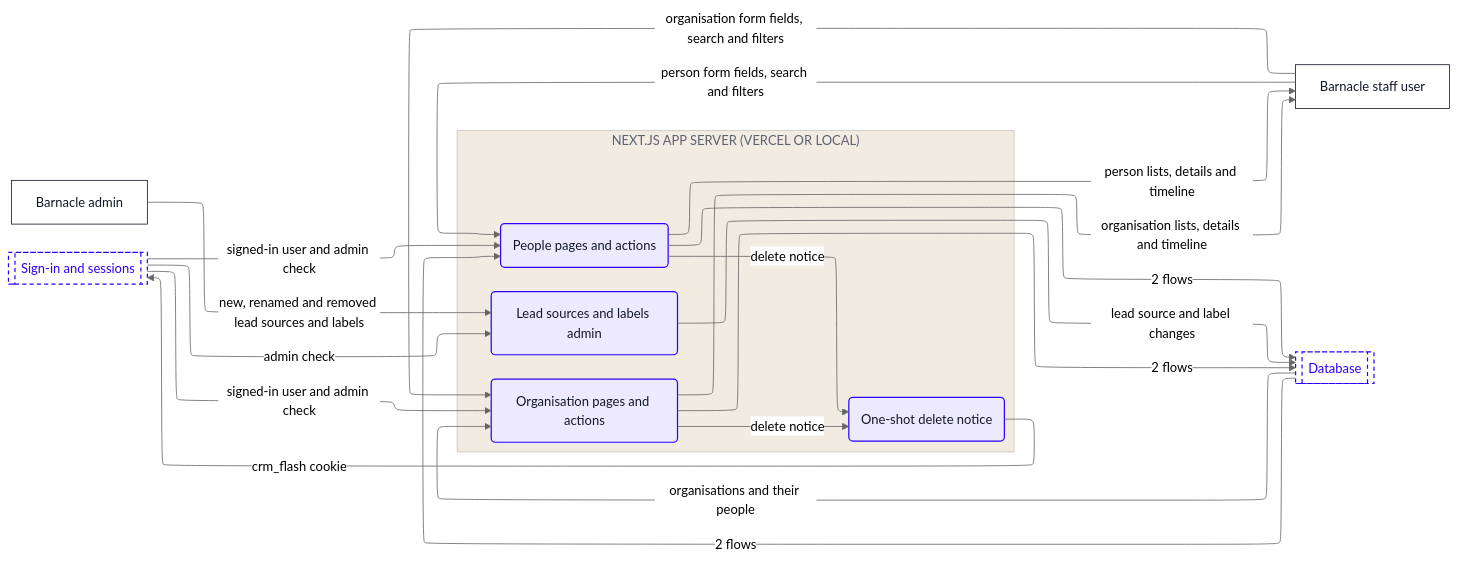
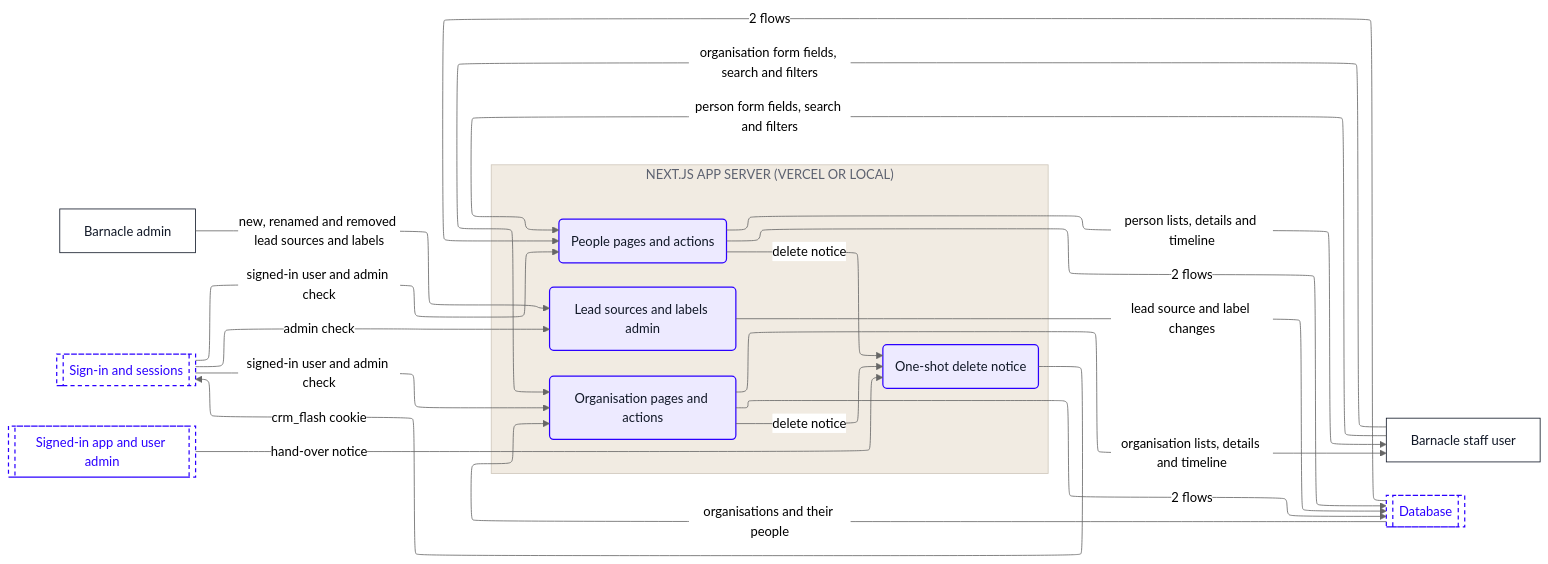
The fifth of 8 diagrams in dataflow/DATAFLOW.md (Romain-Perche/Barnacle-Pipe), drawn with Mermaid (neutral theme) before and after one commit. The commit also changed other lines of this file and 9 other files, not shown here.

````diff
--- a/dataflow/DATAFLOW.md
+++ b/dataflow/DATAFLOW.md
@@ -222,43 +225,45 @@
 ```mermaid
 ---
 config:
   layout: elk
 ---
 flowchart LR
     n1["Barnacle admin"]
     n2["Barnacle staff user"]
     subgraph z1["NEXT.JS APP SERVER (VERCEL OR LOCAL)"]
         n3("Lead sources and labels admin")
         n4("Organisation pages and actions")
         n5("People pages and actions")
         n6("One-shot delete notice")
     end
     n7[["Database"]]
     n8[["Sign-in and sessions"]]
+    n9[["Signed-in app and user admin"]]
     n1 -->|"new, renamed and removed lead sources and labels"| n3
     n3 -->|"lead source and label changes"| n7
     n7 -->|"2 flows"| n5
     n4 -->|"2 flows"| n7
     n4 -->|"delete notice"| n6
     n4 -->|"organisation lists, details and timeline"| n2
     n7 -->|"organisations and their people"| n4
     n5 -->|"2 flows"| n7
     n5 -->|"delete notice"| n6
     n5 -->|"person lists, details and timeline"| n2
     n6 -->|"crm_flash cookie"| n8
     n8 -->|"admin check"| n3
     n8 -->|"signed-in user and admin check"| n4
     n8 -->|"signed-in user and admin check"| n5
     n2 -->|"organisation form fields, search and filters"| n4
     n2 -->|"person form fields, search and filters"| n5
+    n9 -->|"hand-over notice"| n6
     classDef actor fill:#FFFFFF,stroke:#111827,stroke-width:1px,color:#111827
     classDef process fill:#EDEAFF,stroke:#2B00FF,stroke-width:1.5px,color:#111827
     classDef store fill:#FAF6F1,stroke:#111827,stroke-width:1.5px,color:#111827
     classDef zone fill:#1A1A1A,stroke:#1A1A1A,color:#FFFFFF
     classDef group fill:#2B00FF,stroke:#2B00FF,color:#FFFFFF
     classDef stub fill:#FFFFFF,stroke:#2B00FF,stroke-width:1.5px,stroke-dasharray:5 4,color:#2B00FF
     class n1,n2 actor
     class n3,n4,n5,n6 process
-    class n7,n8 stub
+    class n7,n8,n9 stub
     style z1 fill:#F1EBE2,stroke:#CFC7BB,color:#5D6270
 ```
````
